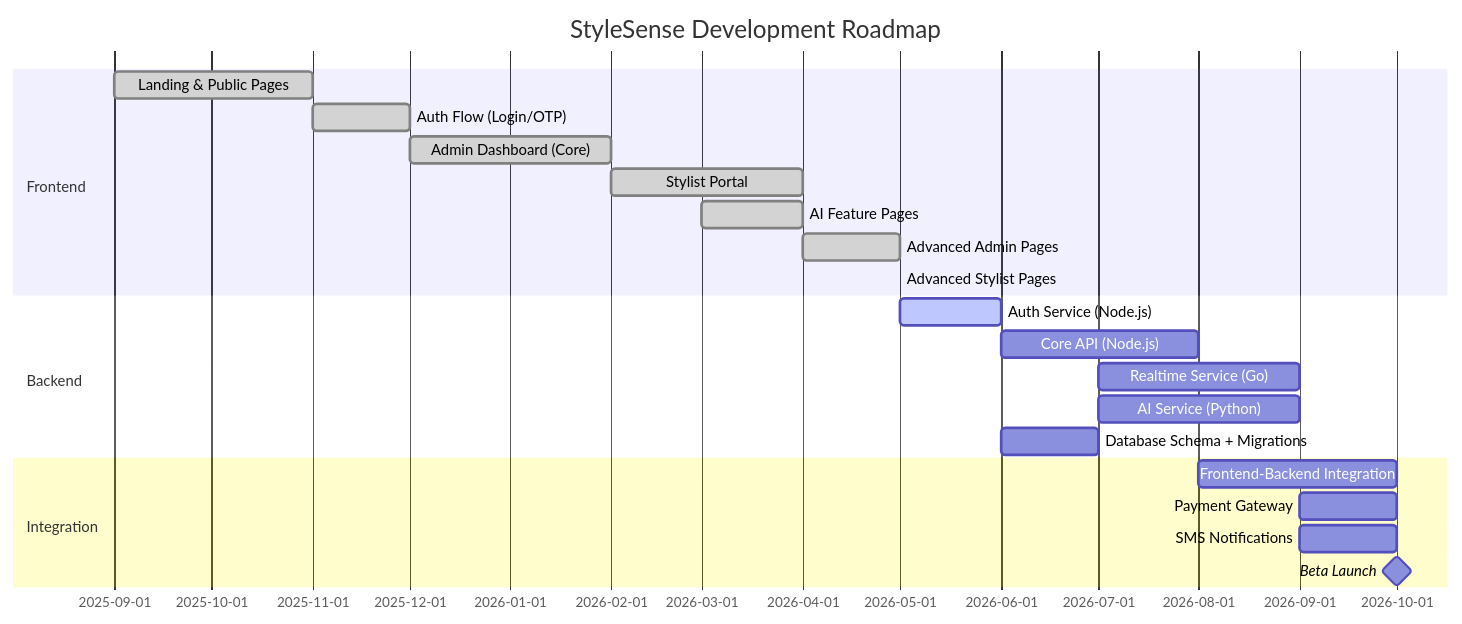
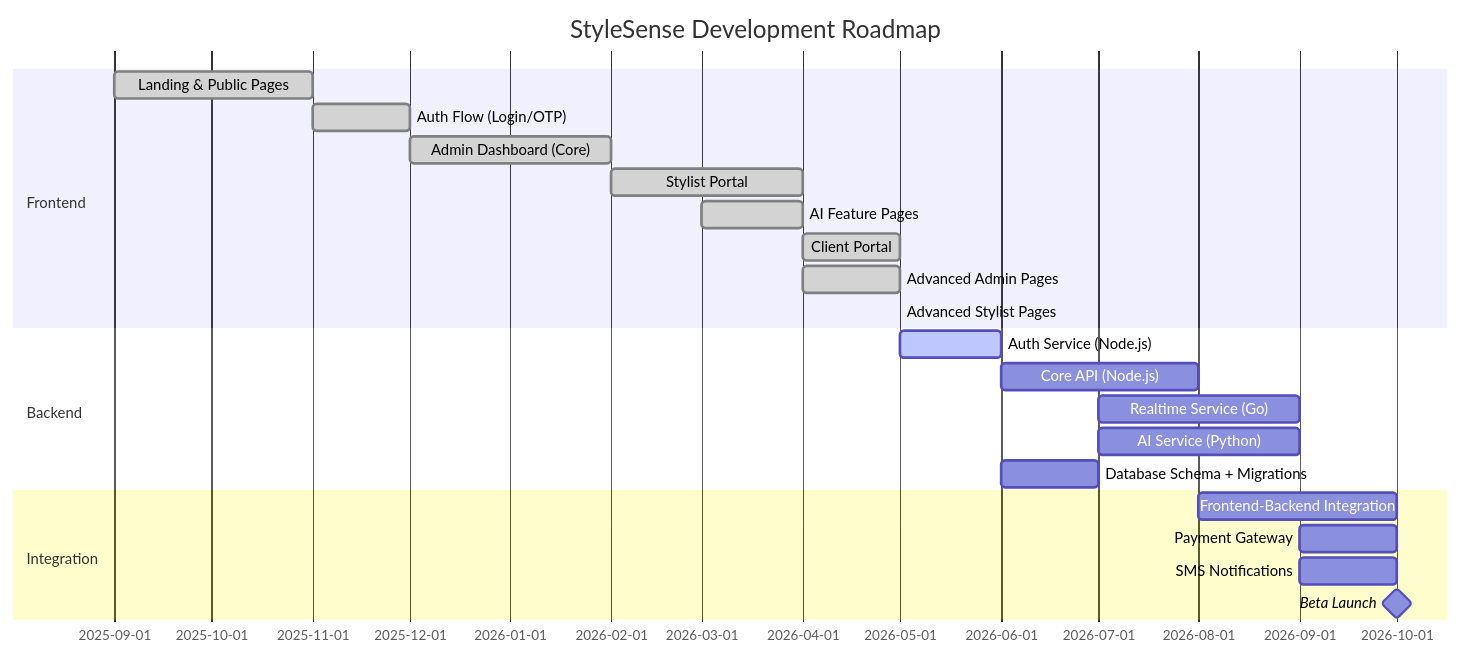
Before and after one commit to Aakashwije/stylesense: diagram 11 of 11 in README.md, drawn with Mermaid. The commit also changed other lines of this file, not shown here.

First line of the commit message:
Add Client Dashboard docs and structure

````diff
--- a/README.md
+++ b/README.md
@@ -765,26 +823,27 @@
 ```mermaid
 gantt
     title StyleSense Development Roadmap
     dateFormat  YYYY-MM
     section Frontend
     Landing & Public Pages       :done,    f1, 2025-09, 2025-11
     Auth Flow (Login/OTP)        :done,    f2, 2025-11, 2025-12
     Admin Dashboard (Core)       :done,    f3, 2025-12, 2026-02
     Stylist Portal               :done,    f4, 2026-02, 2026-04
     AI Feature Pages             :done,    f5, 2026-03, 2026-04
-    Advanced Admin Pages         :done,    f6, 2026-04, 2026-05
-    Advanced Stylist Pages       :done,    f7, 2026-05, 2026-05
+    Client Portal                :done,    f6, 2026-04, 2026-05
+    Advanced Admin Pages         :done,    f7, 2026-04, 2026-05
+    Advanced Stylist Pages       :done,    f8, 2026-05, 2026-05
 
     section Backend
     Auth Service (Node.js)       :active,  b1, 2026-05, 2026-06
     Core API (Node.js)           :         b2, 2026-06, 2026-08
     Realtime Service (Go)        :         b3, 2026-07, 2026-09
     AI Service (Python)          :         b4, 2026-07, 2026-09
     Database Schema + Migrations :         b5, 2026-06, 2026-07
 
     section Integration
     Frontend-Backend Integration :         i1, 2026-08, 2026-10
     Payment Gateway              :         i2, 2026-09, 2026-10
     SMS Notifications            :         i3, 2026-09, 2026-10
     Beta Launch                  :milestone, m1, 2026-10, 0d
 ```
````
